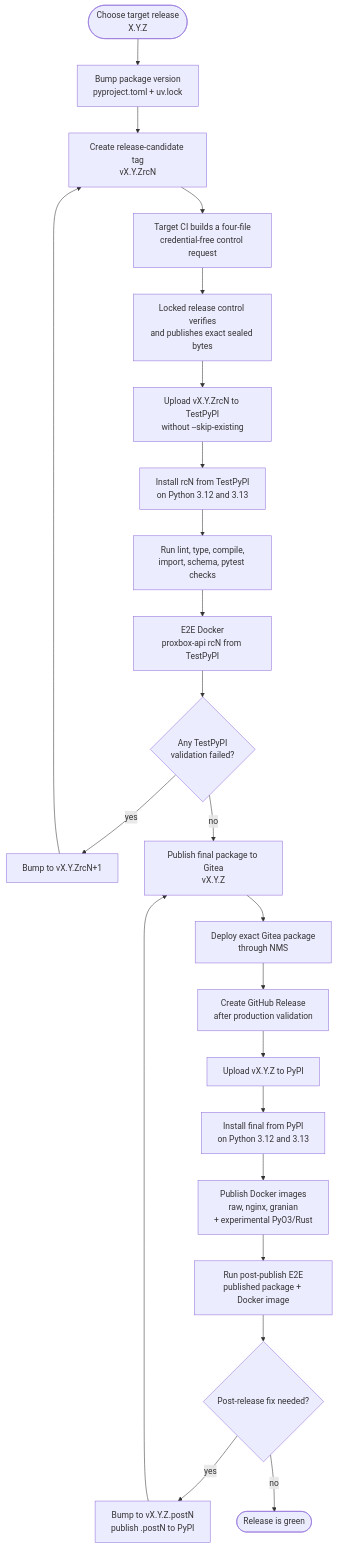
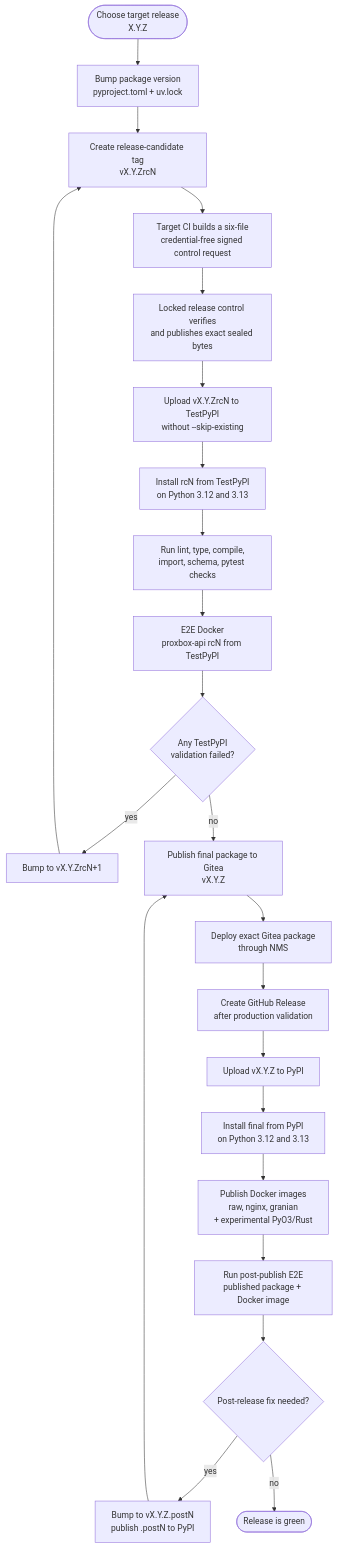
Before and after one commit to emersonfelipesp/proxbox-api: the first of 2 diagrams in docs/development/release-publishing.md, drawn with Mermaid. The commit also changed other lines of this file and 8 other files, not shown here.

````diff
--- a/docs/development/release-publishing.md
+++ b/docs/development/release-publishing.md
@@ -13,30 +13,30 @@
 ```mermaid
 flowchart TD
     Start([Choose target release\nX.Y.Z])
     Bump[Bump package version\npyproject.toml + uv.lock]
     RCTag[Create release-candidate tag\nvX.Y.ZrcN]
-    RCCI[Target CI builds a four-file\ncredential-free control request]
+    RCCI[Target CI builds a six-file\ncredential-free signed control request]
     Control[Locked release control verifies\nand publishes exact sealed bytes]
     RCUpload[Upload vX.Y.ZrcN to TestPyPI\nwithout --skip-existing]
     RCValidate[Install rcN from TestPyPI\non Python 3.12 and 3.13]
     RCChecks[Run lint, type, compile,\nimport, schema, pytest checks]
     RCE2E[E2E Docker\nproxbox-api rcN from TestPyPI]
     RCFailed{Any TestPyPI\nvalidation failed?}
     NextRC[Bump to vX.Y.ZrcN+1]
     FinalPrivate[Publish final package to Gitea\nvX.Y.Z]
     Deploy[Deploy exact Gitea package\nthrough NMS]
     PublicRelease[Create GitHub Release\nafter production validation]
     FinalUpload[Upload vX.Y.Z to PyPI]
     FinalValidate[Install final from PyPI\non Python 3.12 and 3.13]
     Docker[Publish Docker images\nraw, nginx, granian\n+ experimental PyO3/Rust]
     FinalE2E[Run post-publish E2E\npublished package + Docker image]
     FinalFailed{Post-release fix needed?}
     Post[Bump to vX.Y.Z.postN\npublish .postN to PyPI]
     Done([Release is green])
 
     Start --> Bump --> RCTag --> RCCI --> Control --> RCUpload --> RCValidate --> RCChecks --> RCE2E --> RCFailed
     RCFailed -- yes --> NextRC --> RCTag
     RCFailed -- no --> FinalPrivate --> Deploy --> PublicRelease --> FinalUpload --> FinalValidate --> Docker --> FinalE2E --> FinalFailed
     FinalFailed -- yes --> Post --> FinalPrivate
     FinalFailed -- no --> Done
 ```
````
